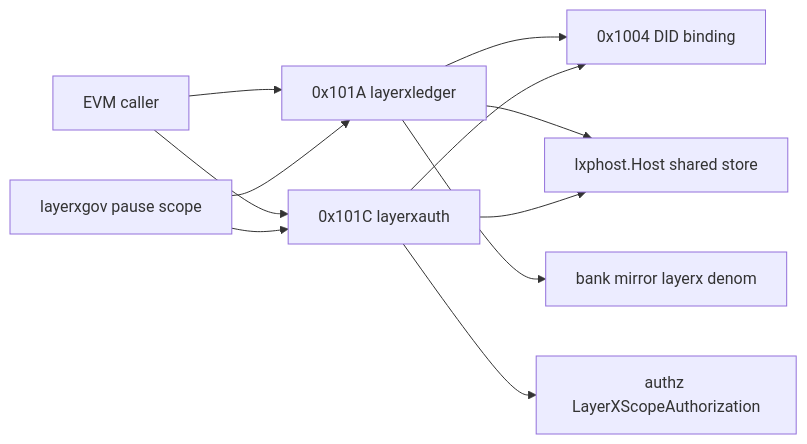
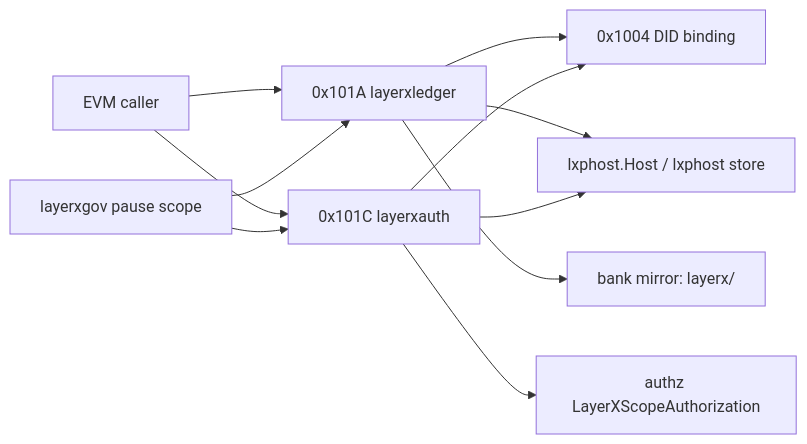
One commit to Sidiora-Labs/paxeer-monorepo changed the diagram in spec/layerx-merge/contracts/ledger-auth.md. Above: the diagram before and after it, drawn with Mermaid. The commit also changed other lines of this file, not shown here.

Commit message:
Rewrite the programme documentation pages of spec/layerx-merge: stale and misleading pages (manifest 22.32.184, 1 page) [spec:layerx-merge/22.32.184]

````diff
--- a/spec/layerx-merge/contracts/ledger-auth.md
+++ b/spec/layerx-merge/contracts/ledger-auth.md
@@ -9,13 +9,13 @@
 ```mermaid
 flowchart LR
   caller["EVM caller"] --> led["0x101A layerxledger"]
   caller --> auth["0x101C layerxauth"]
   led --> bind["0x1004 DID binding"]
   auth --> bind
-  led --> host["lxphost.Host shared store"]
+  led --> host["lxphost.Host / lxphost store"]
   auth --> host
-  led --> bank["bank mirror layerx denom"]
+  led --> bank["bank mirror: layerx/<asset hex>"]
   auth --> authz["authz LayerXScopeAuthorization"]
   gov["layerxgov pause scope"] --> led
   gov --> auth
 ```
````
